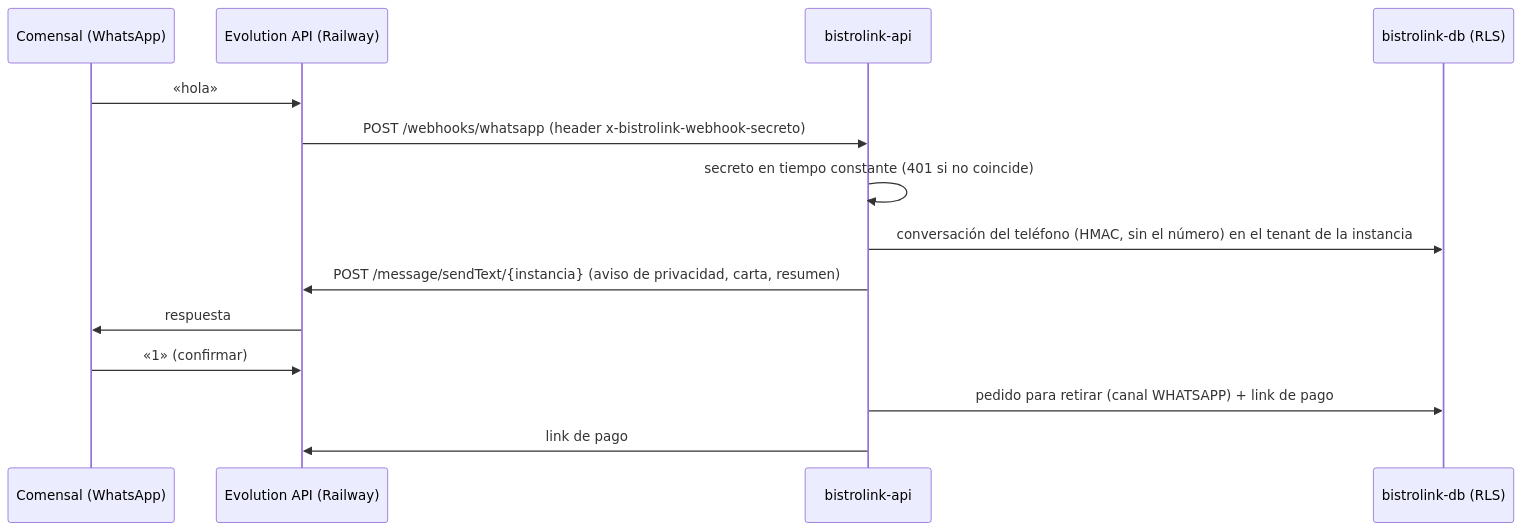
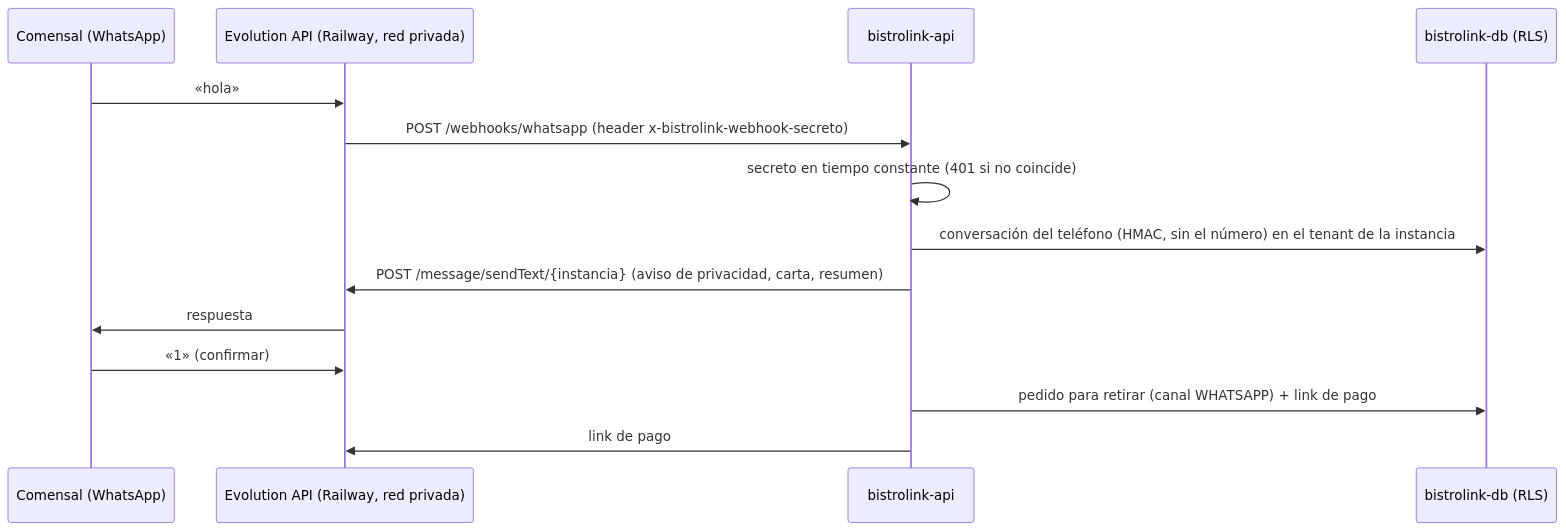
The diagram in docs/runbooks/whatsapp-evolution.md (VED-VirtualExperienceDevelopment/bistrolink), drawn with Mermaid before and after one commit. The commit also changed other lines of this file, not shown here.

Commit message:
docs(BL-605): runbook de evolution con la configuración final de staging y producción

````diff
--- a/docs/runbooks/whatsapp-evolution.md
+++ b/docs/runbooks/whatsapp-evolution.md
@@ -12,16 +12,16 @@
 ```mermaid
 sequenceDiagram
   participant C as Comensal (WhatsApp)
-  participant E as Evolution API (Railway)
+  participant E as Evolution API (Railway, red privada)
   participant A as bistrolink-api
   participant DB as bistrolink-db (RLS)
   C->>E: «hola»
   E->>A: POST /webhooks/whatsapp (header x-bistrolink-webhook-secreto)
   A->>A: secreto en tiempo constante (401 si no coincide)
   A->>DB: conversación del teléfono (HMAC, sin el número) en el tenant de la instancia
   A->>E: POST /message/sendText/{instancia} (aviso de privacidad, carta, resumen)
   E->>C: respuesta
   C->>E: «1» (confirmar)
   A->>DB: pedido para retirar (canal WHATSAPP) + link de pago
   A->>E: link de pago
 ```
````
